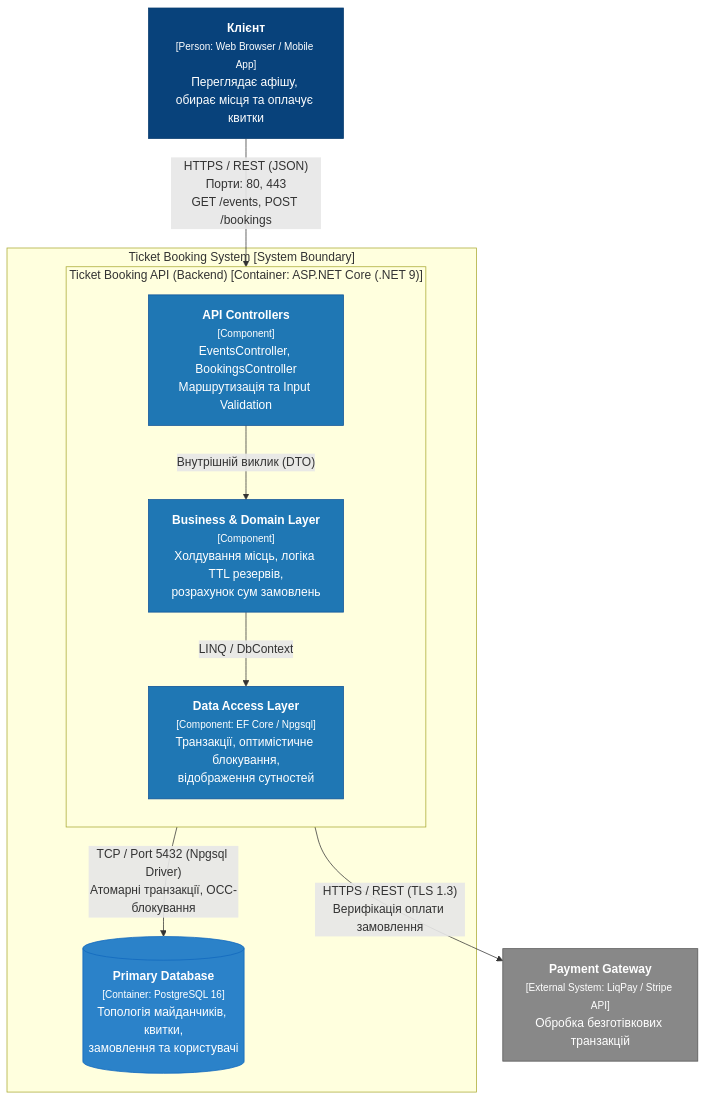
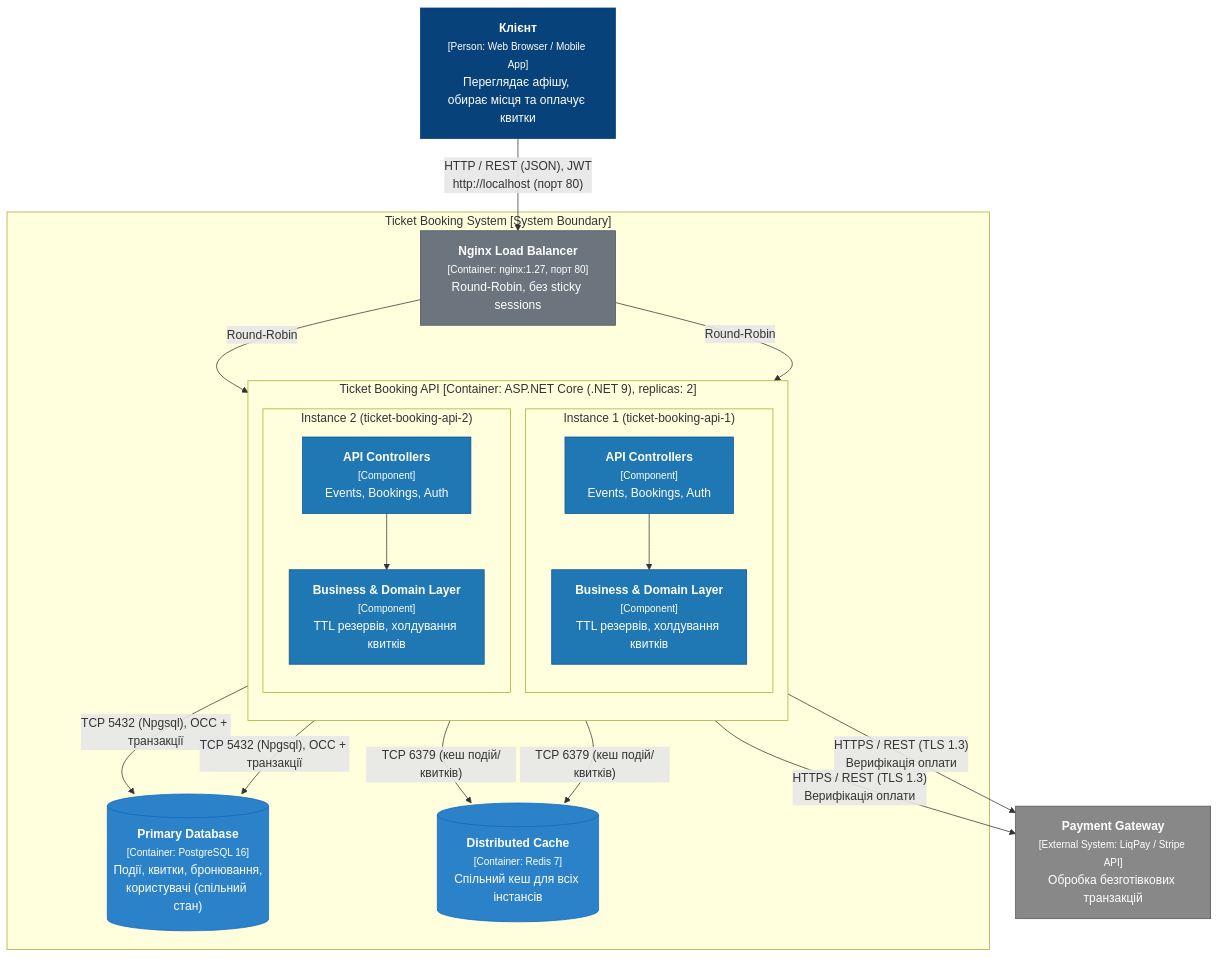
One commit to katushhiaa/ticket-booking-platform changed the second of 3 diagrams in README.md. Above: the diagram before and after it, drawn with Mermaid. The commit also changed other lines of this file and 6 other files, not shown here.

First line of the commit message:
feat: multi-instance API behind Nginx with Redis cache

````diff
--- a/README.md
+++ b/README.md
@@ -150,32 +150,46 @@
 ```mermaid
 flowchart TB
     classDef person fill:#08427b,stroke:#073b6f,color:#fff;
     classDef container fill:#1168bd,stroke:#0e5296,color:#fff;
     classDef component fill:#1f77b4,stroke:#0e5296,color:#fff;
     classDef db fill:#2b82c9,stroke:#1168bd,color:#fff;
+    classDef infra fill:#6c757d,stroke:#495057,color:#fff;
     classDef ext fill:#888888,stroke:#555555,color:#fff;
 
     Customer["<b>Клієнт</b><br/><small>[Person: Web Browser / Mobile App]</small><br/>Переглядає афішу, обирає місця та оплачує квитки"]:::person
 
     subgraph SystemBoundary ["Ticket Booking System [System Boundary]"]
 
-        subgraph ApiContainer ["Ticket Booking API (Backend) [Container: ASP.NET Core (.NET 9)]"]
+        Nginx["<b>Nginx Load Balancer</b><br/><small>[Container: nginx:1.27, порт 80]</small><br/>Round-Robin, без sticky sessions"]:::infra
+
+        subgraph ApiCluster ["Ticket Booking API [Container: ASP.NET Core (.NET 9), replicas: 2]"]
             direction TB
-            Controller["<b>API Controllers</b><br/><small>[Component]</small><br/>EventsController, BookingsController<br/>Маршрутизація та Input Validation"]:::component
-            Service["<b>Business & Domain Layer</b><br/><small>[Component]</small><br/>Холдування місць, логіка TTL резервів,<br/>розрахунок сум замовлень"]:::component
-            DataAccess["<b>Data Access Layer</b><br/><small>[Component: EF Core / Npgsql]</small><br/>Транзакції, оптимістичне блокування,<br/>відображення сутностей"]:::component
-
-            Controller -->|"Внутрішній виклик (DTO)"| Service
-            Service -->|"LINQ / DbContext"| DataAccess
+            subgraph Node1 ["Instance 1 (ticket-booking-api-1)"]
+                Ctrl1["<b>API Controllers</b><br/><small>[Component]</small><br/>Events, Bookings, Auth"]:::component
+                Svc1["<b>Business & Domain Layer</b><br/><small>[Component]</small><br/>TTL резервів, холдування квитків"]:::component
+            end
+            subgraph Node2 ["Instance 2 (ticket-booking-api-2)"]
+                Ctrl2["<b>API Controllers</b><br/><small>[Component]</small><br/>Events, Bookings, Auth"]:::component
+                Svc2["<b>Business & Domain Layer</b><br/><small>[Component]</small><br/>TTL резервів, холдування квитків"]:::component
+            end
         end
 
-        Db[("<b>Primary Database</b><br/><small>[Container: PostgreSQL 16]</small><br/>Топологія майданчиків, квитки,<br/>замовлення та користувачі")]:::db
+        Db[("<b>Primary Database</b><br/><small>[Container: PostgreSQL 16]</small><br/>Події, квитки, бронювання,<br/>користувачі (спільний стан)")]:::db
+        Redis[("<b>Distributed Cache</b><br/><small>[Container: Redis 7]</small><br/>Спільний кеш для всіх інстансів")]:::db
 
     end
 
     PaymentGateway["<b>Payment Gateway</b><br/><small>[External System: LiqPay / Stripe API]</small><br/>Обробка безготівкових транзакцій"]:::ext
 
-    Customer -->|"HTTPS / REST (JSON)<br/>Порти: 80, 443<br/>GET /events, POST /bookings"| Controller
-    DataAccess -->|"TCP / Port 5432 (Npgsql Driver)<br/>Атомарні транзакції, OCC-блокування"| Db
-    Service -->|"HTTPS / REST (TLS 1.3)<br/>Верифікація оплати замовлення"| PaymentGateway
+    Customer -->|"HTTP / REST (JSON), JWT<br/>http://localhost (порт 80)"| Nginx
+    Nginx -->|"Round-Robin"| Ctrl1
+    Nginx -->|"Round-Robin"| Ctrl2
+    Ctrl1 --> Svc1
+    Ctrl2 --> Svc2
+    Svc1 -->|"TCP 5432 (Npgsql), OCC + транзакції"| Db
+    Svc2 -->|"TCP 5432 (Npgsql), OCC + транзакції"| Db
+    Svc1 -->|"TCP 6379 (кеш подій/квитків)"| Redis
+    Svc2 -->|"TCP 6379 (кеш подій/квитків)"| Redis
+    Svc1 -->|"HTTPS / REST (TLS 1.3)<br/>Верифікація оплати"| PaymentGateway
+    Svc2 -->|"HTTPS / REST (TLS 1.3)<br/>Верифікація оплати"| PaymentGateway
 ```
````
